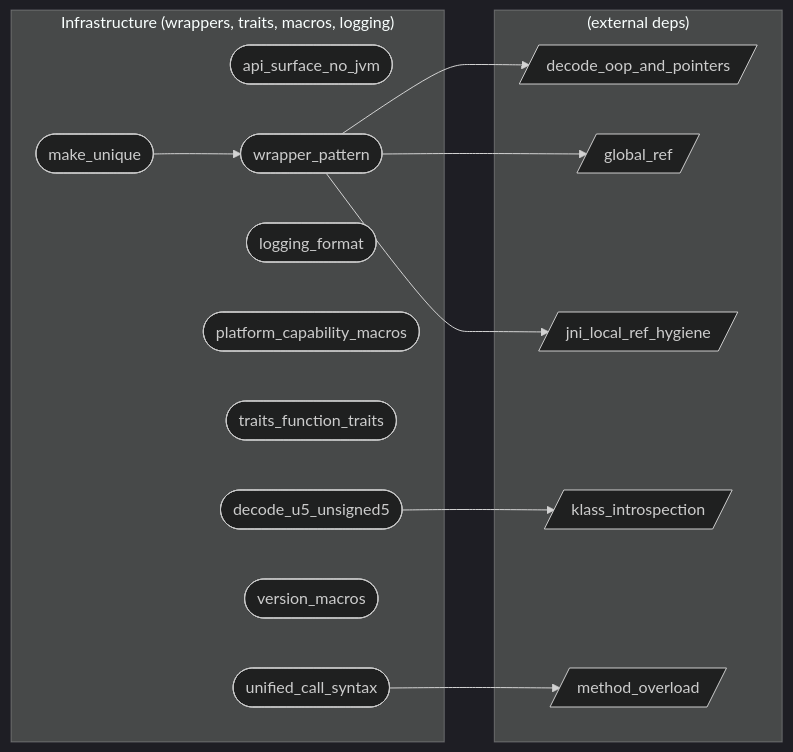
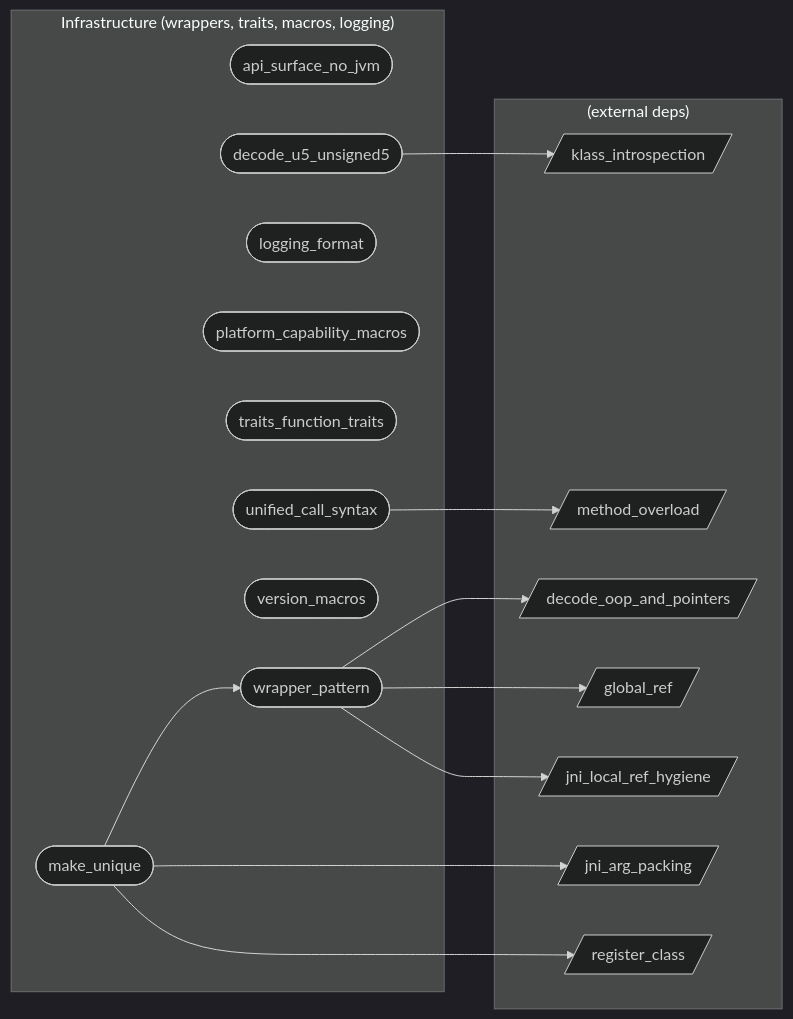
One commit to xxxnpno/VMHook changed the diagram in audit/graph/categories/infra.md. Above: the diagram before and after it, drawn with Mermaid (dark theme). The commit also changed other lines of this file and 169 other files, not shown here.

````diff
--- a/audit/graph/categories/infra.md
+++ b/audit/graph/categories/infra.md
@@ -26,27 +26,31 @@
 ```mermaid
 flowchart LR
   subgraph infra["Infrastructure (wrappers, traits, macros, logging)"]
     api_surface_no_jvm([api_surface_no_jvm])
     decode_u5_unsigned5([decode_u5_unsigned5])
     logging_format([logging_format])
     make_unique([make_unique])
     platform_capability_macros([platform_capability_macros])
     traits_function_traits([traits_function_traits])
     unified_call_syntax([unified_call_syntax])
     version_macros([version_macros])
     wrapper_pattern([wrapper_pattern])
   end
   subgraph external["(external deps)"]
     decode_oop_and_pointers[/decode_oop_and_pointers/]
     global_ref[/global_ref/]
+    jni_arg_packing[/jni_arg_packing/]
     jni_local_ref_hygiene[/jni_local_ref_hygiene/]
     klass_introspection[/klass_introspection/]
     method_overload[/method_overload/]
+    register_class[/register_class/]
   end
   decode_u5_unsigned5 --> klass_introspection
   make_unique --> wrapper_pattern
+  make_unique --> jni_arg_packing
+  make_unique --> register_class
   unified_call_syntax --> method_overload
   wrapper_pattern --> decode_oop_and_pointers
   wrapper_pattern --> global_ref
   wrapper_pattern --> jni_local_ref_hygiene
 ```
````
